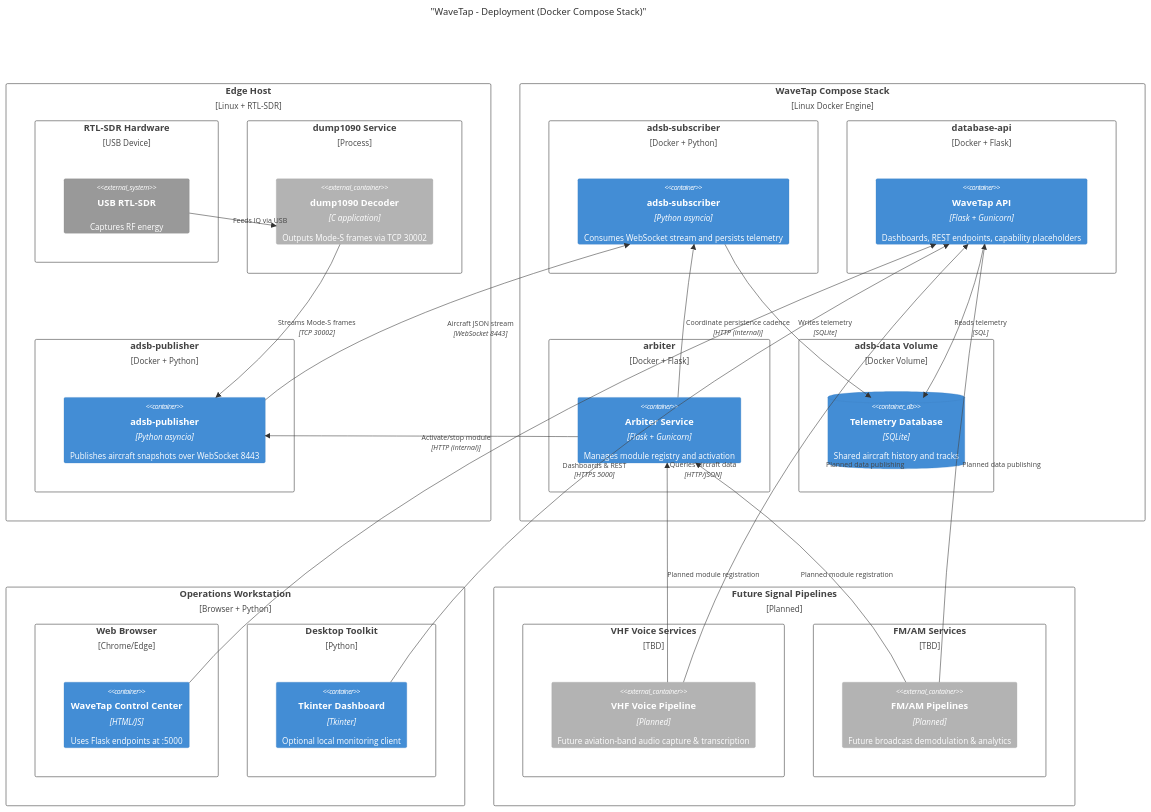
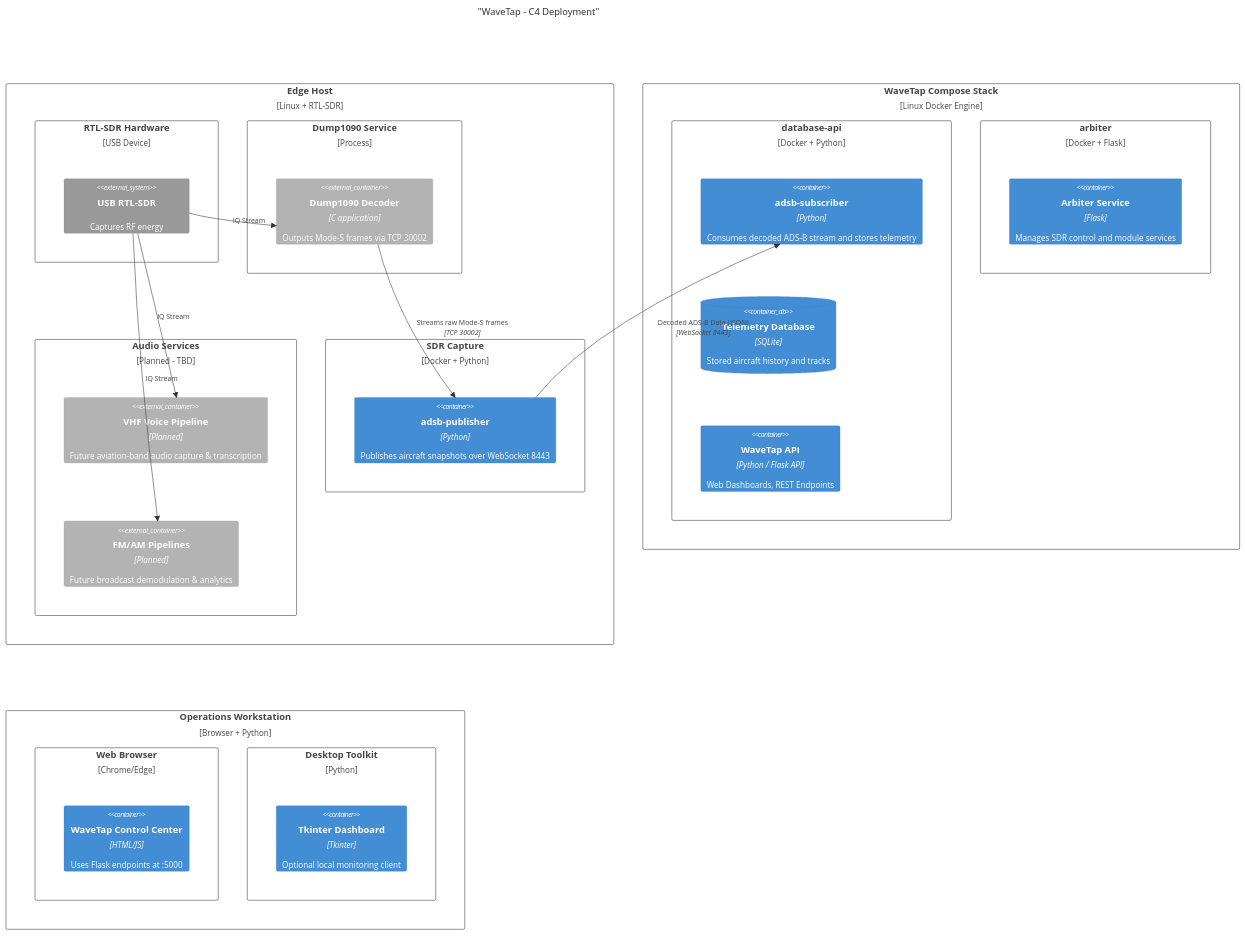
Before and after one commit to bwharris1125/WaveTap_SDR: the diagram in documentation/diagrams/04_c4_deployment.mmd, drawn with Mermaid. The commit also changed 3 other files, not shown here.

Commit message:
diagrams 1 & 2 complete

```diff
--- a/documentation/diagrams/04_c4_deployment.mmd
+++ b/documentation/diagrams/04_c4_deployment.mmd
@@ -1,61 +1,59 @@
 C4Deployment
-title "WaveTap - Deployment (Docker Compose Stack)"
+title "WaveTap - C4 Deployment"
+
 
 Deployment_Node(edge_host, "Edge Host", "Linux + RTL-SDR") {
     Node(rtlsdr_hw, "RTL-SDR Hardware", "USB Device") {
         System_Ext(rtlsdr, "USB RTL-SDR", "Captures RF energy")
     }
-    Node(dump_srv, "dump1090 Service", "Process") {
-        Container_Ext(dump1090, "dump1090 Decoder", "C application", "Outputs Mode-S frames via TCP 30002")
+    Node(dump_srv, "Dump1090 Service", "Process") {
+        Container_Ext(dump1090, "Dump1090 Decoder", "C application", "Outputs Mode-S frames via TCP 30002")
     }
-    Node(pub_container, "adsb-publisher", "Docker + Python") {
-        Container(publisher, "adsb-publisher", "Python asyncio", "Publishes aircraft snapshots over WebSocket 8443")
+    Node(future_node, "Audio Services", "Planned - TBD") {
+        Container_Ext(vhf_service, "VHF Voice Pipeline", "Planned", "Future aviation-band audio capture & transcription")
+        Container_Ext(broadcast_service, "FM/AM Pipelines", "Planned", "Future broadcast demodulation & analytics")
+    }
+    Node(sdr_cap, "SDR Capture", "Docker + Python") {
+        Container(publisher, "adsb-publisher", "Python", "Publishes aircraft snapshots over WebSocket 8443")
     }
 }
 
 Deployment_Node(compose_stack, "WaveTap Compose Stack", "Linux Docker Engine") {
-    Node(sub_container, "adsb-subscriber", "Docker + Python") {
-        Container(subscriber, "adsb-subscriber", "Python asyncio", "Consumes WebSocket stream and persists telemetry")
-    }
-    Node(api_container, "database-api", "Docker + Flask") {
-        Container(api, "WaveTap API", "Flask + Gunicorn", "Dashboards, REST endpoints, capability placeholders")
+    Node(api_container, "database-api", "Docker + Python") {
+        Container(subscriber, "adsb-subscriber", "Python", "Consumes decoded ADS-B stream and stores telemetry")
+        ContainerDb(sqlite, "Telemetry Database", "SQLite", "Stored aircraft history and tracks")
+        Container(api, "WaveTap API", "Python / Flask API", "Web Dashboards, REST Endpoints")
     }
     Node(arb_container, "arbiter", "Docker + Flask") {
-        Container(arbiter, "Arbiter Service", "Flask + Gunicorn", "Manages module registry and activation")
-    }
-    Node(db_volume, "adsb-data Volume", "Docker Volume") {
-        ContainerDb(sqlite, "Telemetry Database", "SQLite", "Shared aircraft history and tracks")
+        Container(arbiter, "Arbiter Service", "Flask", "Manages SDR control and module services")
     }
 }
 
 Deployment_Node(client_env, "Operations Workstation", "Browser + Python") {
     Node(browser, "Web Browser", "Chrome/Edge") {
         Container(ui_web, "WaveTap Control Center", "HTML/JS", "Uses Flask endpoints at :5000")
     }
     Node(desktop_tools, "Desktop Toolkit", "Python") {
         Container(ui_tk, "Tkinter Dashboard", "Tkinter", "Optional local monitoring client")
     }
 }
 
-Deployment_Node(future_stack, "Future Signal Pipelines", "Planned") {
-    Node(vhf_node, "VHF Voice Services", "TBD") {
-        Container_Ext(vhf_service, "VHF Voice Pipeline", "Planned", "Future aviation-band audio capture & transcription")
-    }
-    Node(broadcast_node, "FM/AM Services", "TBD") {
-        Container_Ext(broadcast_service, "FM/AM Pipelines", "Planned", "Future broadcast demodulation & analytics")
-    }
-}
+%% Future Development Nodes
+Rel(rtlsdr, vhf_service, "IQ Stream")
+Rel(rtlsdr, broadcast_service, "IQ Stream")
+%% Rel(vhf_service, arbiter, "Planned module registration")
+%% Rel(vhf_service, api, "Planned data publishing")
 
-Rel(rtlsdr, dump1090, "Feeds IQ via USB")
-Rel(dump1090, publisher, "Streams Mode-S frames", "TCP 30002")
-Rel(publisher, subscriber, "Aircraft JSON stream", "WebSocket 8443")
-Rel(subscriber, sqlite, "Writes telemetry", "SQLite")
-Rel(api, sqlite, "Reads telemetry", "SQL")
-Rel(arbiter, publisher, "Activate/stop module", "HTTP (internal)")
-Rel(arbiter, subscriber, "Coordinate persistence cadence", "HTTP (internal)")
-Rel(ui_web, api, "Dashboards & REST", "HTTPS 5000")
-Rel(ui_tk, api, "Queries aircraft data", "HTTP/JSON")
-Rel(vhf_service, arbiter, "Planned module registration")
-Rel(vhf_service, api, "Planned data publishing")
-Rel(broadcast_service, arbiter, "Planned module registration")
-Rel(broadcast_service, api, "Planned data publishing")
+Rel(rtlsdr, dump1090, "IQ Stream")
+Rel(dump1090, publisher, "Streams raw Mode-S frames", "TCP 30002")
+Rel(publisher, subscriber, "Decoded ADS-B Data (JSON)", "WebSocket 8443")
+
+%% Rel(subscriber, sqlite, "Writes telemetry", "SQLite")
+%% Rel(api, sqlite, "Reads telemetry", "SQL")
+%% Rel(arbiter, publisher, "Activate/stop module", "HTTP (internal)")
+%% Rel(arbiter, subscriber, "Coordinate persistence cadence", "HTTP (internal)")
+%% Rel(ui_web, api, "Dashboards & REST", "HTTPS 5000")
+%% Rel(ui_tk, api, "Queries aircraft data", "HTTP/JSON")
+
+%% Rel(broadcast_service, arbiter, "Planned module registration")
+%% Rel(broadcast_service, api, "Planned data publishing")
```
